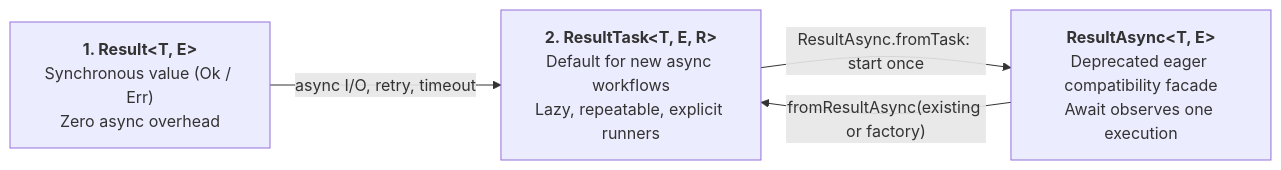
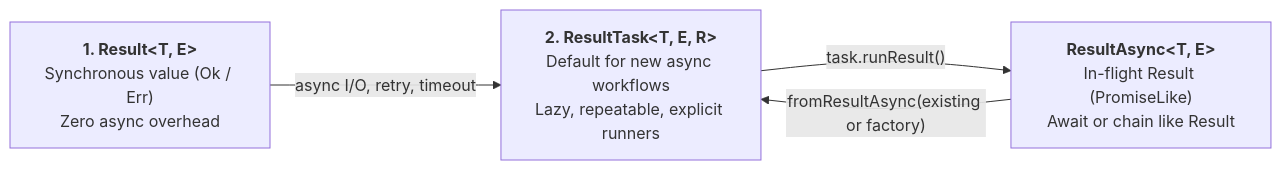
The diagram in packages/resultar/README.md (inaiat/resultar), drawn with Mermaid before and after one commit. The commit also changed other lines of this file and 50 other files, not shown here.

Commit message:
feat(resultar): unify runResult with ResultAsync and reach 100% coverage & mutation score

````diff
--- a/packages/resultar/README.md
+++ b/packages/resultar/README.md
@@ -153,10 +153,10 @@
 ```mermaid
 flowchart LR
   R["<b>1. Result&lt;T, E&gt;</b><br/>Synchronous value (Ok / Err)<br/>Zero async overhead"]
   RT["<b>2. ResultTask&lt;T, E, R&gt;</b><br/>Default for new async workflows<br/>Lazy, repeatable, explicit runners"]
-  RA["<b>ResultAsync&lt;T, E&gt;</b><br/>Deprecated eager compatibility facade<br/>Await observes one execution"]
+  RA["<b>ResultAsync&lt;T, E&gt;</b><br/>In-flight Result (PromiseLike)<br/>Await or chain like Result"]
 
   R -->|"async I/O, retry, timeout"| RT
+  RT -->|"task.runResult()"| RA
   RA -->|"fromResultAsync(existing or factory)"| RT
-  RT -->|"ResultAsync.fromTask: start once"| RA
 ```
````
